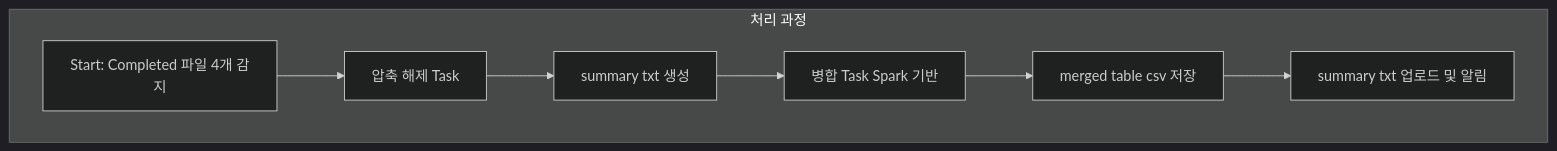
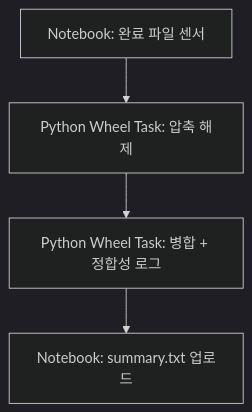
One commit to yeokyeong-yoon/yeokyeong-yoon.github.io changed the fourth of 4 diagrams in _posts/2025-03-18-etl-pipeline.md. Above: the diagram before and after it, drawn with Mermaid (dark theme). The commit also changed other lines of this file, not shown here.

````diff
--- a/_posts/2025-03-18-etl-pipeline.md
+++ b/_posts/2025-03-18-etl-pipeline.md
@@ -193,18 +146,6 @@
 ```mermaid
-graph LR
-    subgraph "처리 과정"
-        direction LR
-        A[Start: Completed 파일 4개 감지]
-        B[압축 해제 Task]
-        C[summary txt 생성]
-        D[병합 Task Spark 기반]
-        E[merged table csv 저장]
-        F[summary txt 업로드 및 알림]
-    end
-    
-    A --> B
-    B --> C
-    C --> D
-    D --> E
-    E --> F
+graph TD
+    A[Notebook: 완료 파일 센서] --> B[Python Wheel Task: 압축 해제]
+    B --> C[Python Wheel Task: 병합 + 정합성 로그]
+    C --> D[Notebook: summary.txt 업로드]
 ```
````
